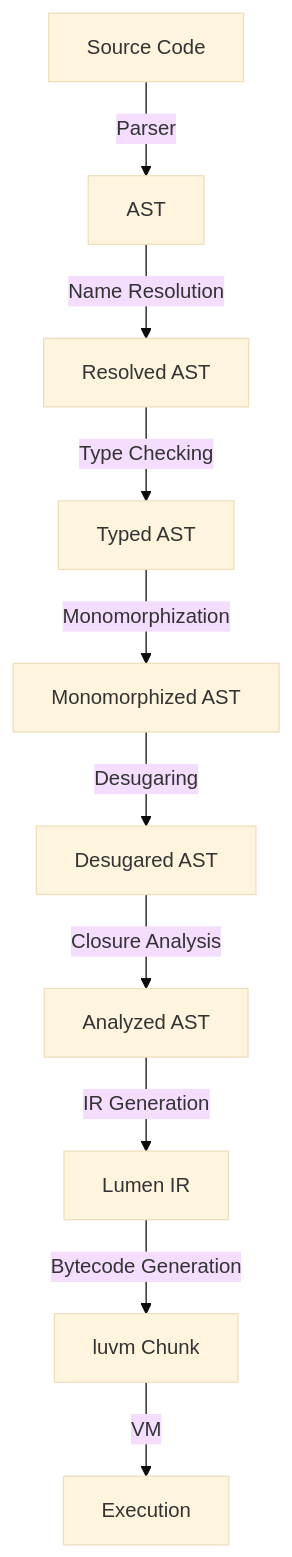
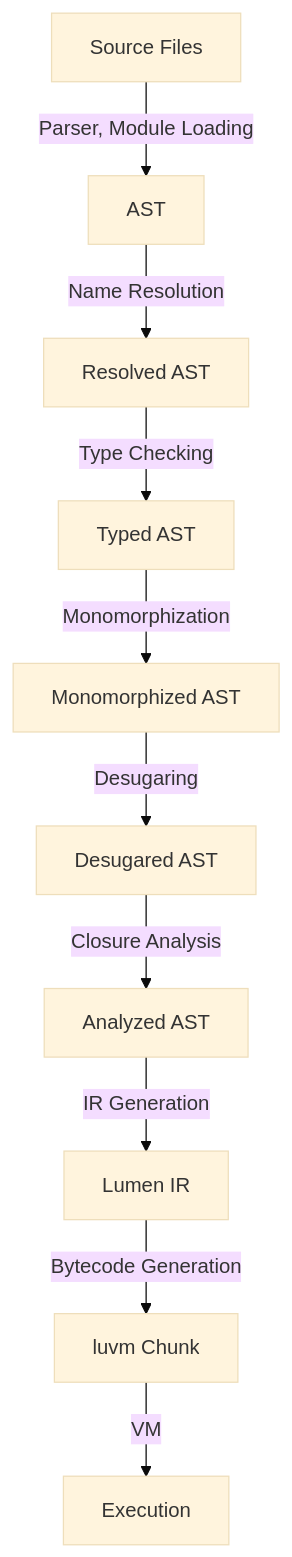
One commit to dani-gouken/lumen-lang changed the diagram in docs/compilation/pipeline.md. Above: the diagram before and after it, drawn with Mermaid (base theme). The commit also changed other lines of this file and 56 other files, not shown here.

````diff
--- a/docs/compilation/pipeline.md
+++ b/docs/compilation/pipeline.md
@@ -13,12 +13,12 @@
 ```mermaid
 graph TD
-    A[Source Code] -->|Parser| B[AST]
+    A[Source Files] -->|Parser, Module Loading| B[AST]
     B -->|Name Resolution| C[Resolved AST]
     C -->|Type Checking| D[Typed AST]
     D -->|Monomorphization| E[Monomorphized AST]
     E -->|Desugaring| F[Desugared AST]
     F -->|Closure Analysis| G[Analyzed AST]
     G -->|IR Generation| H[Lumen IR]
     H -->|Bytecode Generation| I[luvm Chunk]
     I -->|VM| J[Execution]
 ```
````
